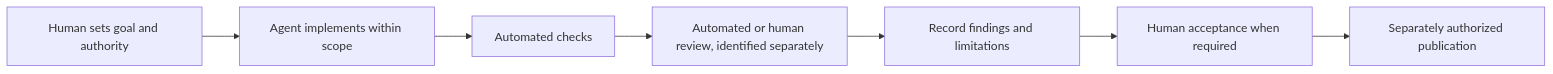
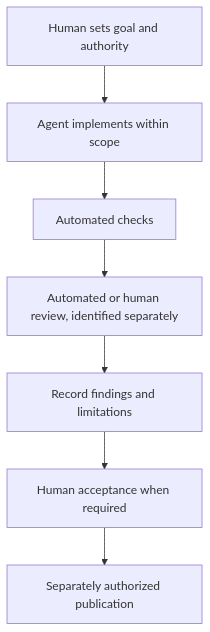
One commit to wouthh/engineering-portfolio changed the diagram in case-studies/verified-ai-assisted-engineering.md. Above: the diagram before and after it, drawn with Mermaid.

Commit message:
docs: make evidence workflow fit rendered view

````diff
--- a/case-studies/verified-ai-assisted-engineering.md
+++ b/case-studies/verified-ai-assisted-engineering.md
@@ -26,9 +26,9 @@
 ```mermaid
-flowchart LR
+flowchart TD
     H[Human sets goal and authority] --> A[Agent implements within scope]
     A --> T[Automated checks]
     T --> R[Automated or human review, identified separately]
     R --> D[Record findings and limitations]
     D --> X[Human acceptance when required]
     X --> P[Separately authorized publication]
 ```
````
